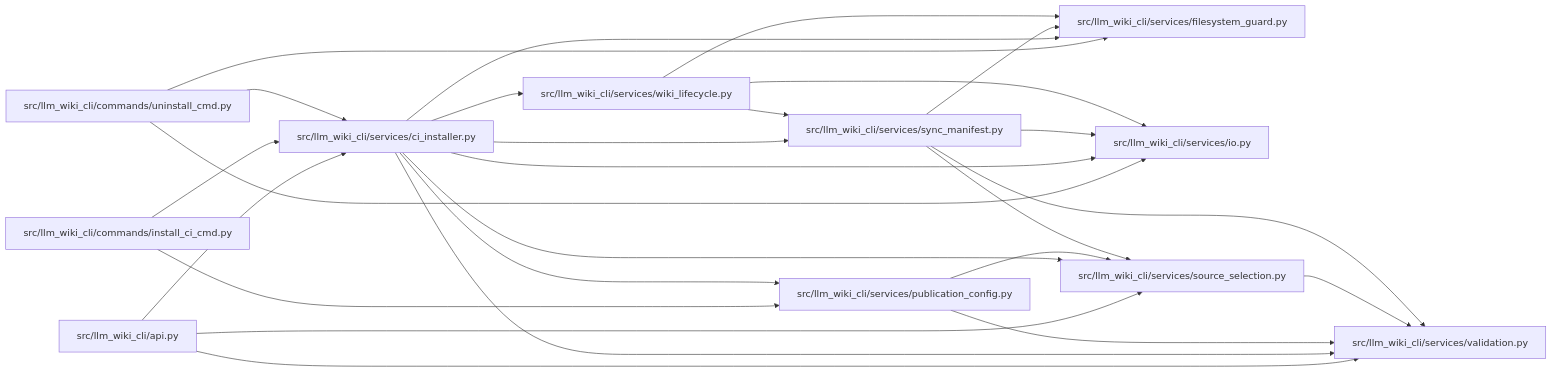
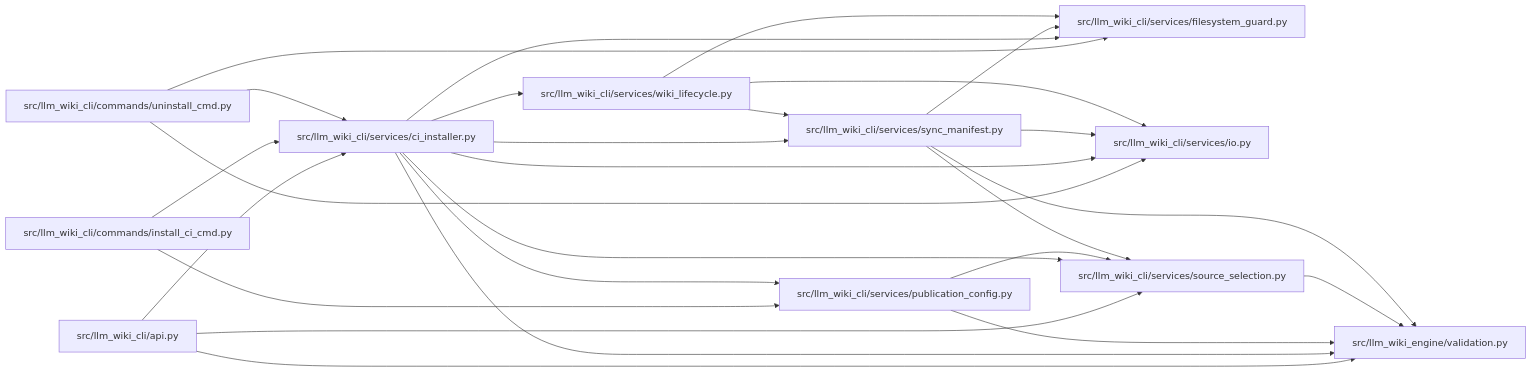
Before and after one commit to Denissvgn/python-wiki-llm: the diagram in docs/llm_wiki/modules/ci_installer.md, drawn with Mermaid. The commit also changed other lines of this file and 1103 other files, not shown here.

First line of the commit message:
docs: refresh the wiki for the llm-wiki-engine distribution

````diff
--- a/docs/llm_wiki/modules/ci_installer.md
+++ b/docs/llm_wiki/modules/ci_installer.md
@@ -31,50 +31,50 @@
 ```mermaid
 flowchart LR
     n0["src/llm_wiki_cli/api.py"]
     n1["src/llm_wiki_cli/commands/install_ci_cmd.py"]
     n2["src/llm_wiki_cli/commands/uninstall_cmd.py"]
     n3["src/llm_wiki_cli/services/ci_installer.py"]
     n4["src/llm_wiki_cli/services/filesystem_guard.py"]
     n5["src/llm_wiki_cli/services/io.py"]
     n6["src/llm_wiki_cli/services/publication_config.py"]
     n7["src/llm_wiki_cli/services/source_selection.py"]
     n8["src/llm_wiki_cli/services/sync_manifest.py"]
-    n9["src/llm_wiki_cli/services/validation.py"]
-    n10["src/llm_wiki_cli/services/wiki_lifecycle.py"]
+    n9["src/llm_wiki_cli/services/wiki_lifecycle.py"]
+    n10["src/llm_wiki_engine/validation.py"]
     n0 --> n3
     n0 --> n7
-    n0 --> n9
+    n0 --> n10
     n1 --> n3
     n1 --> n6
     n2 --> n3
     n2 --> n4
     n2 --> n5
     n3 --> n4
     n3 --> n5
     n3 --> n6
     n3 --> n7
     n3 --> n8
     n3 --> n9
     n3 --> n10
     n6 --> n7
-    n6 --> n9
-    n7 --> n9
+    n6 --> n10
+    n7 --> n10
     n8 --> n4
     n8 --> n5
     n8 --> n7
-    n8 --> n9
-    n10 --> n4
-    n10 --> n5
-    n10 --> n8
+    n8 --> n10
+    n9 --> n4
+    n9 --> n5
+    n9 --> n8
     click n0 "../modules/api.md"
     click n1 "../modules/install_ci_cmd.md"
     click n2 "../modules/uninstall_cmd.md"
     click n3 "../modules/ci_installer.md"
     click n4 "../modules/filesystem_guard.md"
     click n5 "../modules/io.md"
     click n6 "../modules/publication_config.md"
     click n7 "../modules/source_selection.md"
     click n8 "../modules/sync_manifest.md"
-    click n9 "../modules/validation.md"
-    click n10 "../modules/wiki_lifecycle.md"
+    click n9 "../modules/wiki_lifecycle.md"
+    click n10 "../modules/validation.md"
 ```
````
